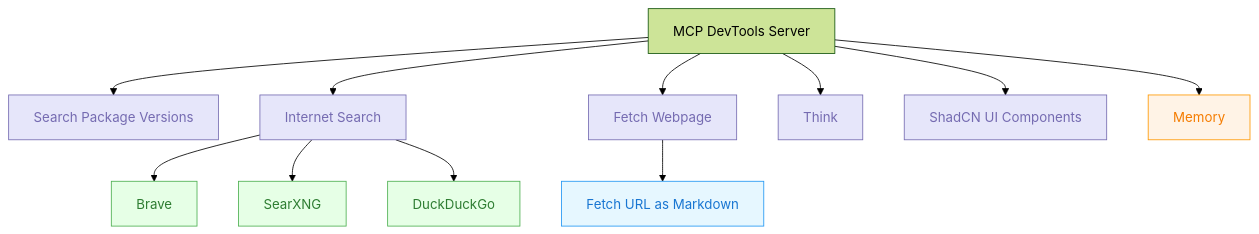
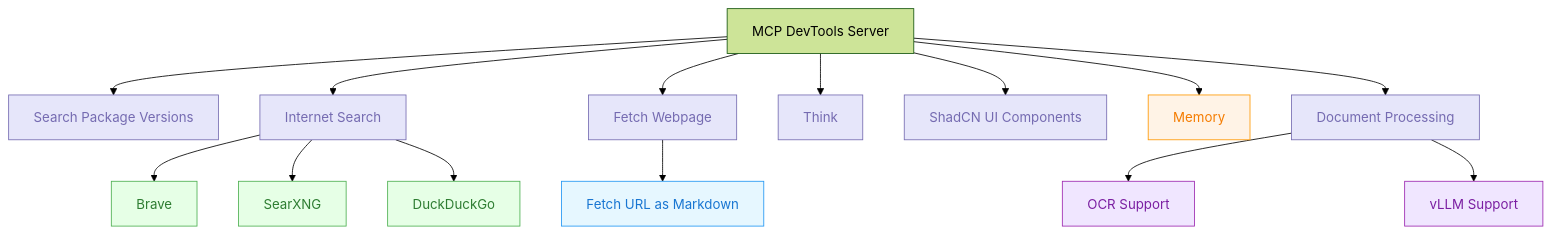
Before and after one commit to sammcj/mcp-devtools: the diagram in README.md, drawn with Mermaid (forest theme). The commit also changed other lines of this file and 14 other files, not shown here.

Commit message:
feat: document processing and OCR tool

````diff
--- a/README.md
+++ b/README.md
@@ -7,27 +7,33 @@
 ```mermaid
 graph TD
     A[MCP DevTools Server] --> B[Search Package Versions]
     A --> C[Internet Search]
     A --> D[Fetch Webpage]
     A --> E[Think]
     A --> F[ShadCN UI Components]
     A --> G[Memory]
+    A --> H[Document Processing]
 
     C --> C1[Brave]
     C --> C2[SearXNG]
     C --> C3[DuckDuckGo]
 
     D --> D1[Fetch URL as Markdown]
 
+    H --> H5[OCR Support]
+    H --> H6[vLLM Support]
+
     classDef toolCategory fill:#E6E6FA,stroke:#756BB1,color:#756BB1
     classDef tool fill:#EFF3FF,stroke:#9ECAE1,color:#3182BD
     classDef searchTool fill:#E6FFE6,stroke:#4CAF50,color:#2E7D32
     classDef memoryTool fill:#FFF3E6,stroke:#FF9800,color:#F57C00
     classDef webTool fill:#E6F7FF,stroke:#2196F3,color:#1976D2
+    classDef docTool fill:#F0E6FF,stroke:#9C27B0,color:#7B1FA2
 
-    class B,C,D,E,F toolCategory
+    class B,C,D,E,F,H toolCategory
     class B1,B2,E1,F1 tool
     class B1,C1,C2,C3 searchTool
     class G memoryTool
     class D1 webTool
+    class H1,H2,H3,H4,H5,H6 docTool
 ```
````
